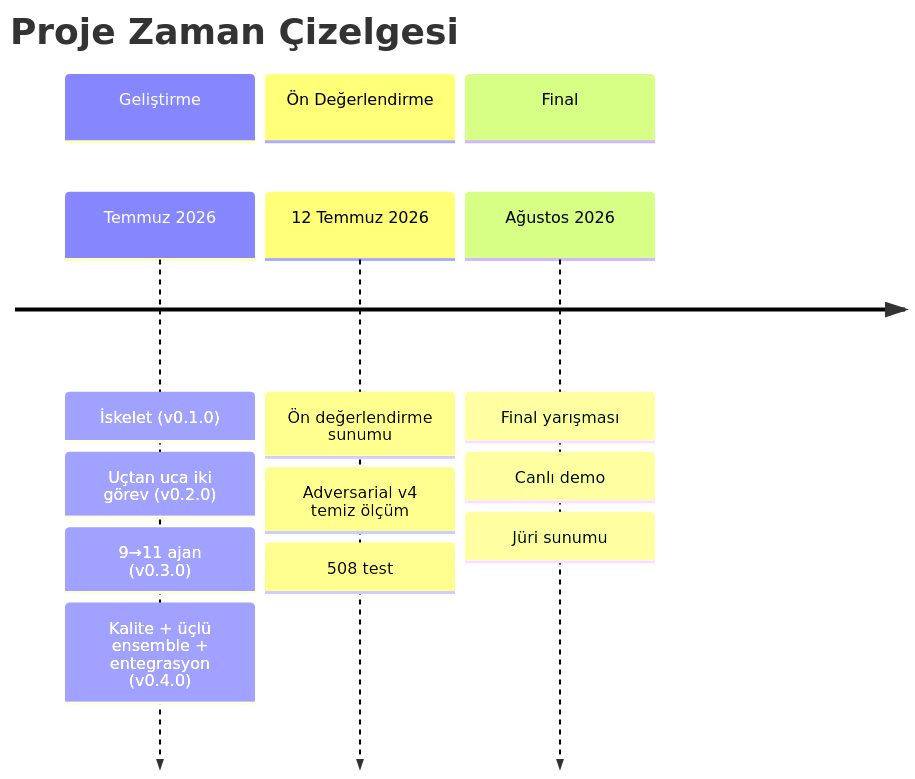
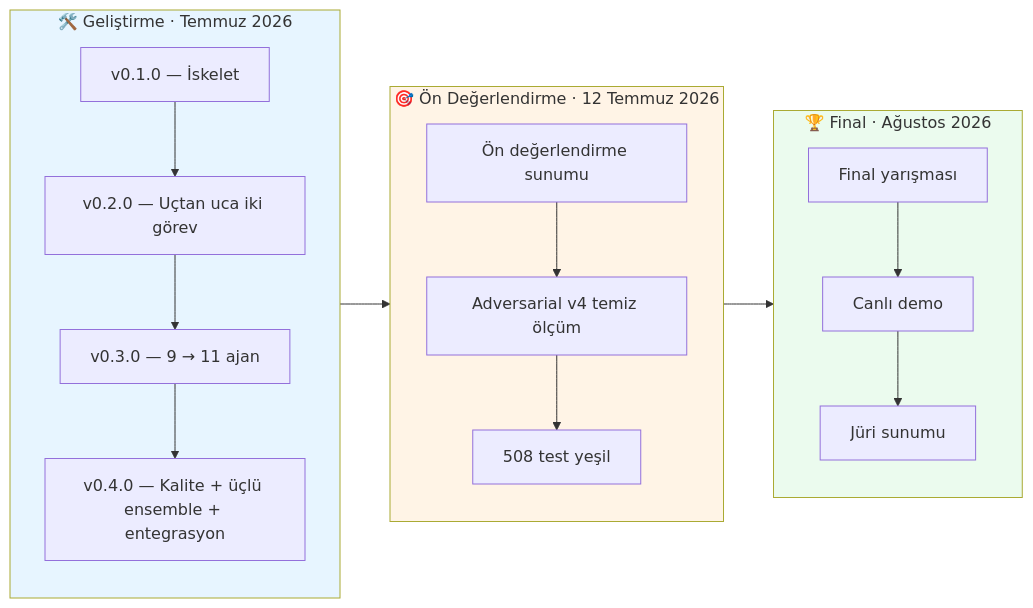
Diagram 28 of 28 in README.md (msgxr/teknofest-2026-kamu-evrak-akilli-ajan), drawn with Mermaid before and after one commit. The commit also changed other lines of this file, not shown here.

First line of the commit message:
fix(beni-oku): GitHub'da render olmayan Mermaid diyagramlari duzeltildi

````diff
--- a/README.md
+++ b/README.md
@@ -1874,10 +1867,22 @@
 ```mermaid
-timeline
-    title Proje Zaman Çizelgesi
-    section Geliştirme
-        Temmuz 2026 : İskelet (v0.1.0) : Uçtan uca iki görev (v0.2.0) : 9→11 ajan (v0.3.0) : Kalite + üçlü ensemble + entegrasyon (v0.4.0)
-    section Ön Değerlendirme
-        12 Temmuz 2026 : Ön değerlendirme sunumu : Adversarial v4 temiz ölçüm : 508 test
-    section Final
-        Ağustos 2026 : Final yarışması : Canlı demo : Jüri sunumu
+flowchart LR
+    subgraph DEV["🛠️ Geliştirme · Temmuz 2026"]
+        direction TB
+        V01["v0.1.0 — İskelet"] --> V02["v0.2.0 — Uçtan uca iki görev"]
+        V02 --> V03["v0.3.0 — 9 → 11 ajan"]
+        V03 --> V04["v0.4.0 — Kalite + üçlü ensemble + entegrasyon"]
+    end
+    subgraph ON["🎯 Ön Değerlendirme · 12 Temmuz 2026"]
+        direction TB
+        P1["Ön değerlendirme sunumu"] --> P2["Adversarial v4 temiz ölçüm"]
+        P2 --> P3["508 test yeşil"]
+    end
+    subgraph FIN["🏆 Final · Ağustos 2026"]
+        direction TB
+        F1["Final yarışması"] --> F2["Canlı demo"] --> F3["Jüri sunumu"]
+    end
+    DEV --> ON --> FIN
+    style DEV fill:#e7f5ff
+    style ON fill:#fff4e6
+    style FIN fill:#ebfbee
 ```
````
